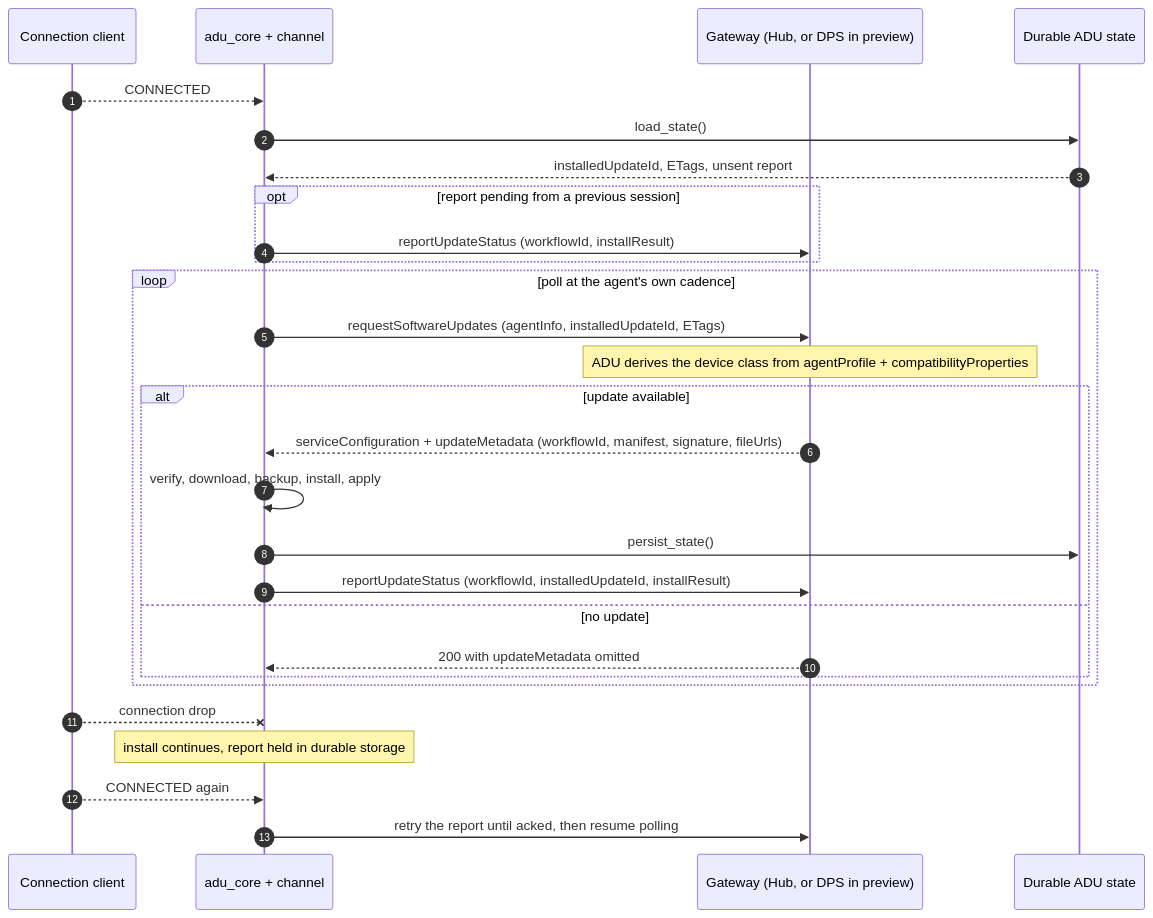
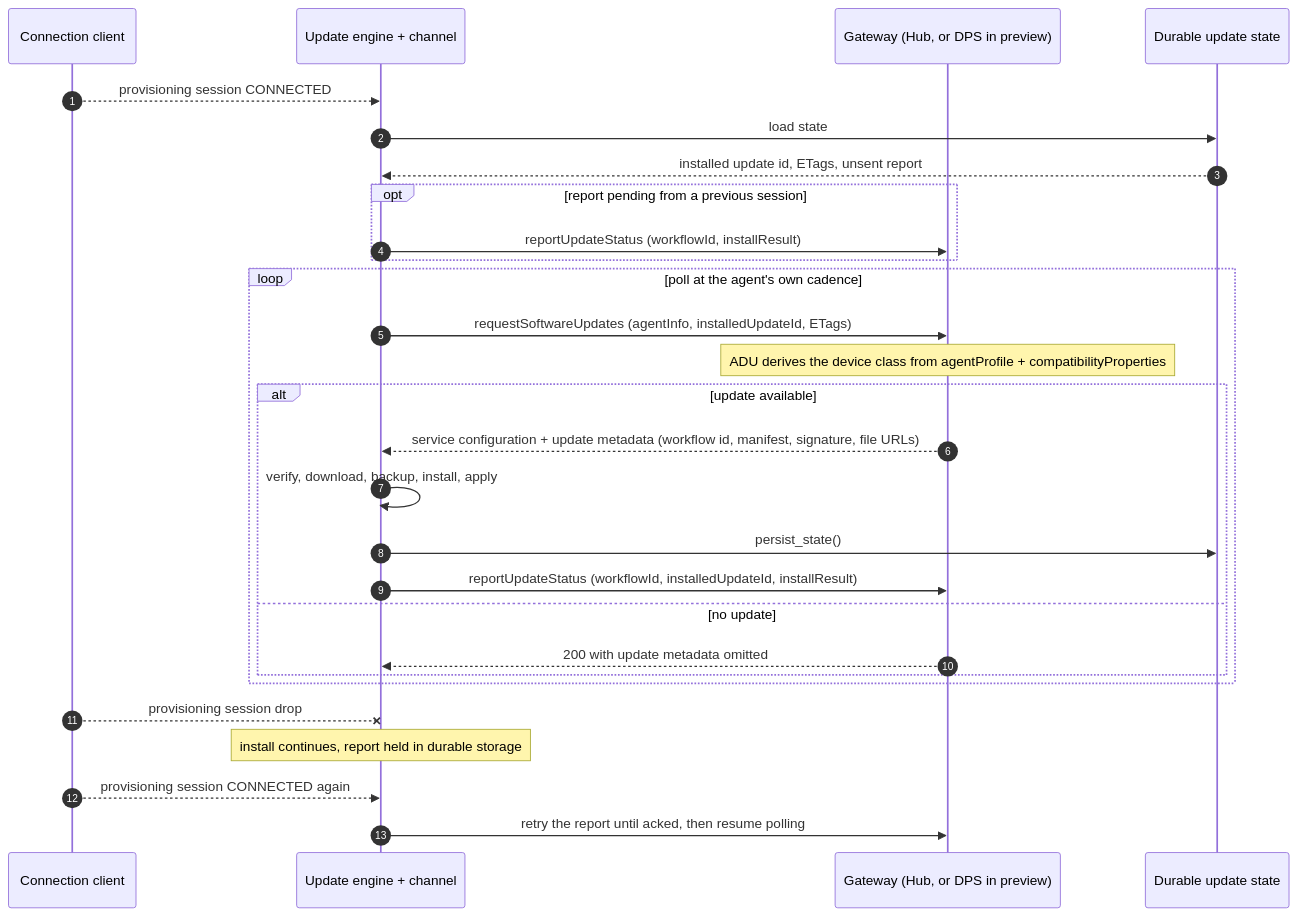
The eighth of 9 diagrams in c/docs/connection.md (Azure/azure-iot-sdk), drawn with Mermaid before and after one commit. The commit also changed other lines of this file, not shown here.

First line of the commit message:
docs: language-neutral connection lifecycle contract

````diff
--- a/c/docs/connection.md
+++ b/c/docs/connection.md
@@ -556,33 +605,33 @@
 ```mermaid
 sequenceDiagram
     autonumber
     participant Conn as Connection client
-    participant ADU as adu_core + channel
+    participant ADU as Update engine + channel
     participant GW as Gateway (Hub, or DPS in preview)
-    participant Store as Durable ADU state
+    participant Store as Durable update state
 
-    Conn-->>ADU: CONNECTED
-    ADU->>Store: load_state()
-    Store-->>ADU: installedUpdateId, ETags, unsent report
+    Conn-->>ADU: provisioning session CONNECTED
+    ADU->>Store: load state
+    Store-->>ADU: installed update id, ETags, unsent report
     opt report pending from a previous session
         ADU->>GW: reportUpdateStatus (workflowId, installResult)
     end
 
     loop poll at the agent's own cadence
         ADU->>GW: requestSoftwareUpdates (agentInfo, installedUpdateId, ETags)
         Note over GW: ADU derives the device class from agentProfile + compatibilityProperties
         alt update available
-            GW-->>ADU: serviceConfiguration + updateMetadata (workflowId, manifest, signature, fileUrls)
+            GW-->>ADU: service configuration + update metadata (workflow id, manifest, signature, file URLs)
             ADU->>ADU: verify, download, backup, install, apply
             ADU->>Store: persist_state()
             ADU->>GW: reportUpdateStatus (workflowId, installedUpdateId, installResult)
         else no update
-            GW-->>ADU: 200 with updateMetadata omitted
+            GW-->>ADU: 200 with update metadata omitted
         end
     end
 
-    Conn--xADU: connection drop
+    Conn--xADU: provisioning session drop
     Note over ADU: install continues, report held in durable storage
-    Conn-->>ADU: CONNECTED again
+    Conn-->>ADU: provisioning session CONNECTED again
     ADU->>GW: retry the report until acked, then resume polling
 ```
````
